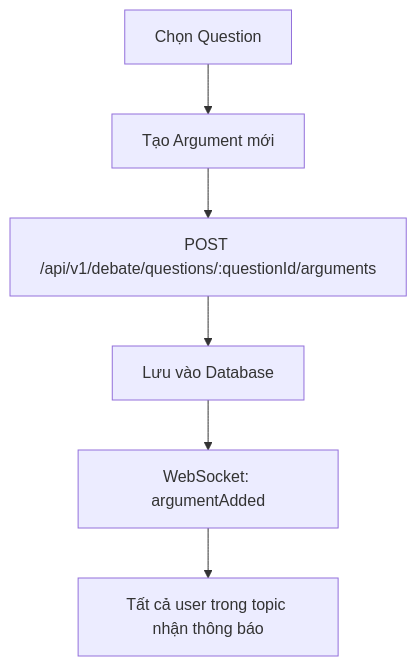
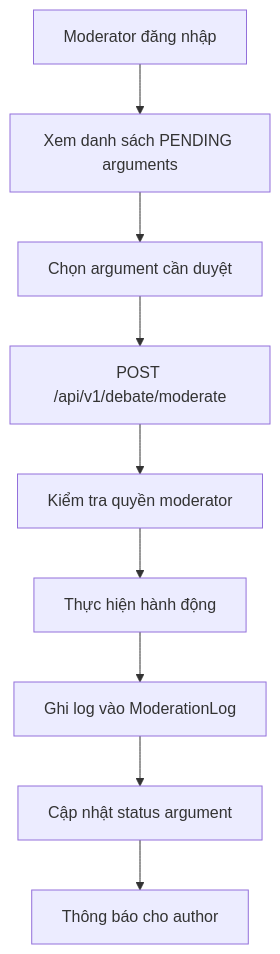
One commit to server-craftsman/hcm201-restApi-with-nestjs-postgres changed the fourth of 7 diagrams in DEBATE_SYSTEM_FLOW.md. Above: the diagram before and after it, drawn with Mermaid. The commit also changed other lines of this file and 50 other files, not shown here.

````diff
--- a/DEBATE_SYSTEM_FLOW.md
+++ b/DEBATE_SYSTEM_FLOW.md
@@ -51,8 +190,11 @@
 ```mermaid
 graph TD
-    A[Chọn Question] --> B[Tạo Argument mới]
-    B --> C[POST /api/v1/debate/questions/:questionId/arguments]
-    C --> D[Lưu vào Database]
-    D --> E[WebSocket: argumentAdded]
-    E --> F[Tất cả user trong topic nhận thông báo]
+    A[Moderator đăng nhập] --> B[Xem danh sách PENDING arguments]
+    B --> C[Chọn argument cần duyệt]
+    C --> D[POST /api/v1/debate/moderate]
+    D --> E[Kiểm tra quyền moderator]
+    E --> F[Thực hiện hành động]
+    F --> G[Ghi log vào ModerationLog]
+    G --> H[Cập nhật status argument]
+    H --> I[Thông báo cho author]
 ```
````
